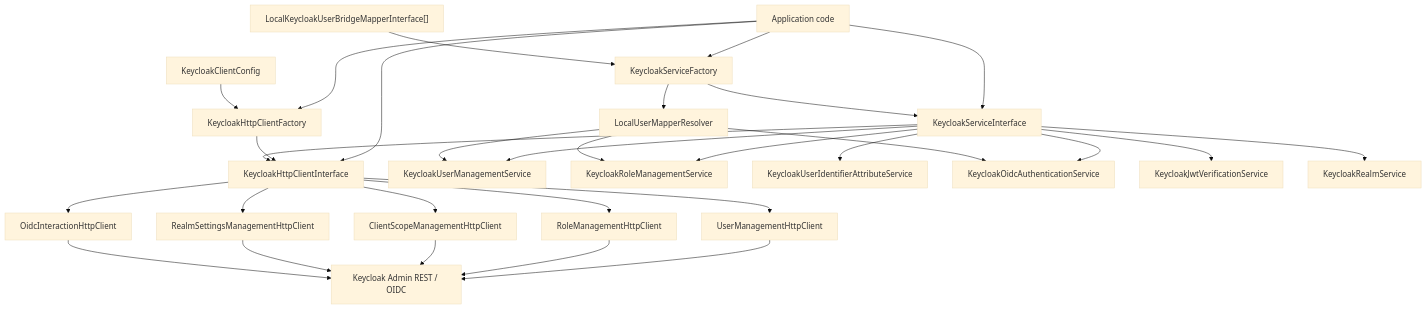
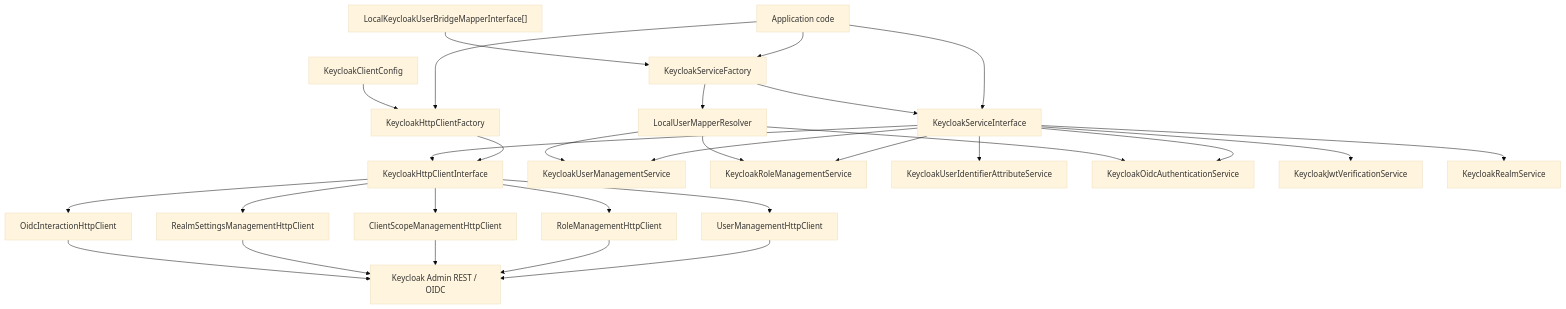
Before and after one commit to apacheborys/keycloak-php-client: the first of 4 diagrams in docs/architecture.md, drawn with Mermaid (base theme). The commit also changed other lines of this file and 5 other files, not shown here.

````diff
--- a/docs/architecture.md
+++ b/docs/architecture.md
@@ -22,63 +22,62 @@
 ```mermaid
 flowchart TB
     App["Application code"]
     HttpFactory["KeycloakHttpClientFactory"]
     ServiceFactory["KeycloakServiceFactory"]
     Config["KeycloakClientConfig"]
     Mapper["LocalKeycloakUserBridgeMapperInterface[]"]
     Resolver["LocalUserMapperResolver"]
 
     HttpFacade["KeycloakHttpClientInterface"]
     ServiceFacade["KeycloakServiceInterface"]
 
     UserSvc["KeycloakUserManagementService"]
     RoleSvc["KeycloakRoleManagementService"]
     IdentifierSvc["KeycloakUserIdentifierAttributeService"]
     OidcSvc["KeycloakOidcAuthenticationService"]
     JwtSvc["KeycloakJwtVerificationService"]
     RealmSvc["KeycloakRealmService"]
 
     UserHttp["UserManagementHttpClient"]
     RoleHttp["RoleManagementHttpClient"]
     ScopeHttp["ClientScopeManagementHttpClient"]
     RealmHttp["RealmSettingsManagementHttpClient"]
     OidcHttp["OidcInteractionHttpClient"]
 
     KC["Keycloak Admin REST / OIDC"]
 
     App --> HttpFactory
     App --> ServiceFactory
-    App --> HttpFacade
     App --> ServiceFacade
 
     Config --> HttpFactory
     HttpFactory --> HttpFacade
 
     Mapper --> ServiceFactory
     ServiceFactory --> Resolver
     ServiceFactory --> ServiceFacade
 
     ServiceFacade --> UserSvc
     ServiceFacade --> RoleSvc
     ServiceFacade --> IdentifierSvc
     ServiceFacade --> OidcSvc
     ServiceFacade --> JwtSvc
     ServiceFacade --> RealmSvc
 
     Resolver --> UserSvc
     Resolver --> RoleSvc
     Resolver --> OidcSvc
 
     ServiceFacade --> HttpFacade
     HttpFacade --> UserHttp
     HttpFacade --> RoleHttp
     HttpFacade --> ScopeHttp
     HttpFacade --> RealmHttp
     HttpFacade --> OidcHttp
 
     UserHttp --> KC
     RoleHttp --> KC
     ScopeHttp --> KC
     RealmHttp --> KC
     OidcHttp --> KC
 ```
````
